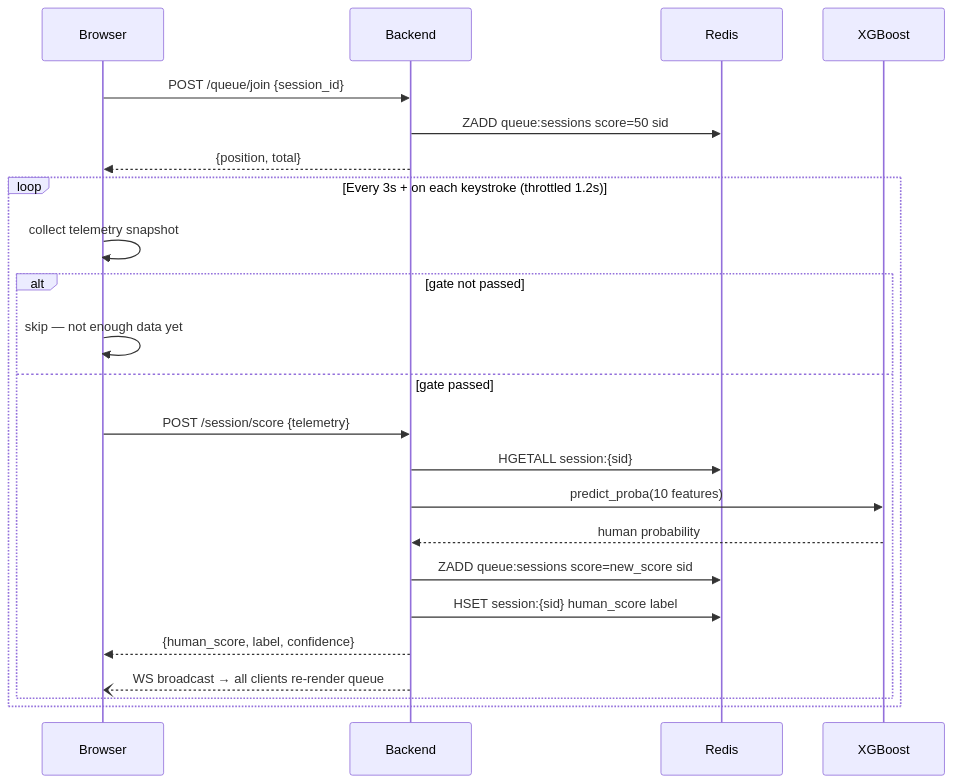
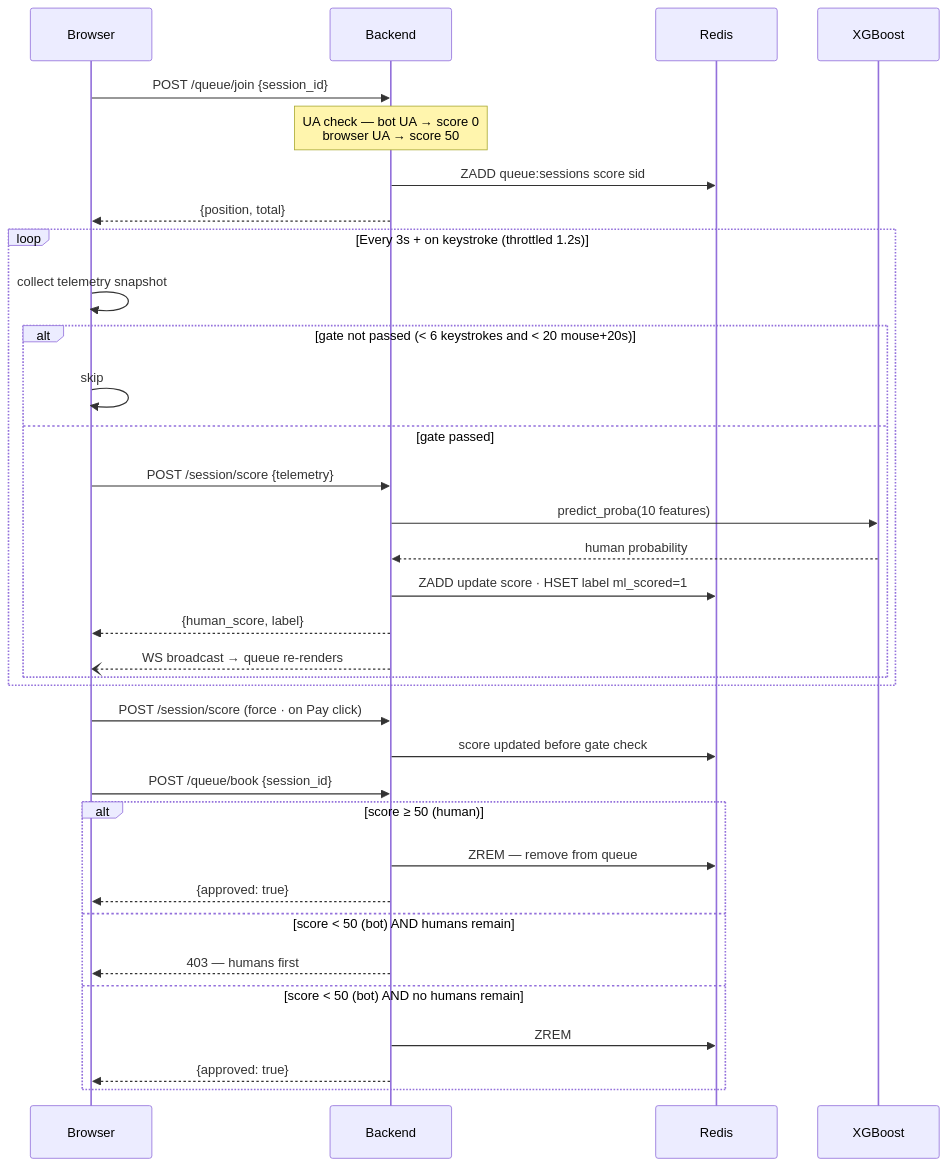
One commit to thulasiramk-2310/FAIRTATKAL changed the fourth of 4 diagrams in README.md. Above: the diagram before and after it, drawn with Mermaid. The commit also changed other lines of this file, not shown here.

Commit message:
docs: rewrite README to match current system — bots-in-queue model, accurate flow diagrams, updated API

````diff
--- a/README.md
+++ b/README.md
@@ -159,27 +168,40 @@
 ```mermaid
 sequenceDiagram
     participant Browser
     participant Backend
     participant Redis
     participant Model as XGBoost
 
     Browser->>Backend: POST /queue/join {session_id}
-    Backend->>Redis: ZADD queue:sessions score=50 sid
+    Note over Backend: UA check — bot UA → score 0<br/>browser UA → score 50
+    Backend->>Redis: ZADD queue:sessions score sid
     Backend-->>Browser: {position, total}
 
-    loop Every 3s + on each keystroke (throttled 1.2s)
+    loop Every 3s + on keystroke (throttled 1.2s)
         Browser->>Browser: collect telemetry snapshot
-        alt gate not passed
-            Browser->>Browser: skip — not enough data yet
+        alt gate not passed (< 6 keystrokes and < 20 mouse+20s)
+            Browser->>Browser: skip
         else gate passed
             Browser->>Backend: POST /session/score {telemetry}
-            Backend->>Redis: HGETALL session:{sid}
             Backend->>Model: predict_proba(10 features)
             Model-->>Backend: human probability
-            Backend->>Redis: ZADD queue:sessions score=new_score sid
-            Backend->>Redis: HSET session:{sid} human_score label
-            Backend-->>Browser: {human_score, label, confidence}
-            Backend--)Browser: WS broadcast → all clients re-render queue
+            Backend->>Redis: ZADD update score · HSET label ml_scored=1
+            Backend-->>Browser: {human_score, label}
+            Backend--)Browser: WS broadcast → queue re-renders
         end
     end
+
+    Browser->>Backend: POST /session/score (force · on Pay click)
+    Backend->>Redis: score updated before gate check
+
+    Browser->>Backend: POST /queue/book {session_id}
+    alt score ≥ 50 (human)
+        Backend->>Redis: ZREM — remove from queue
+        Backend-->>Browser: {approved: true}
+    else score < 50 (bot) AND humans remain
+        Backend-->>Browser: 403 — humans first
+    else score < 50 (bot) AND no humans remain
+        Backend->>Redis: ZREM
+        Backend-->>Browser: {approved: true}
+    end
 ```
````
